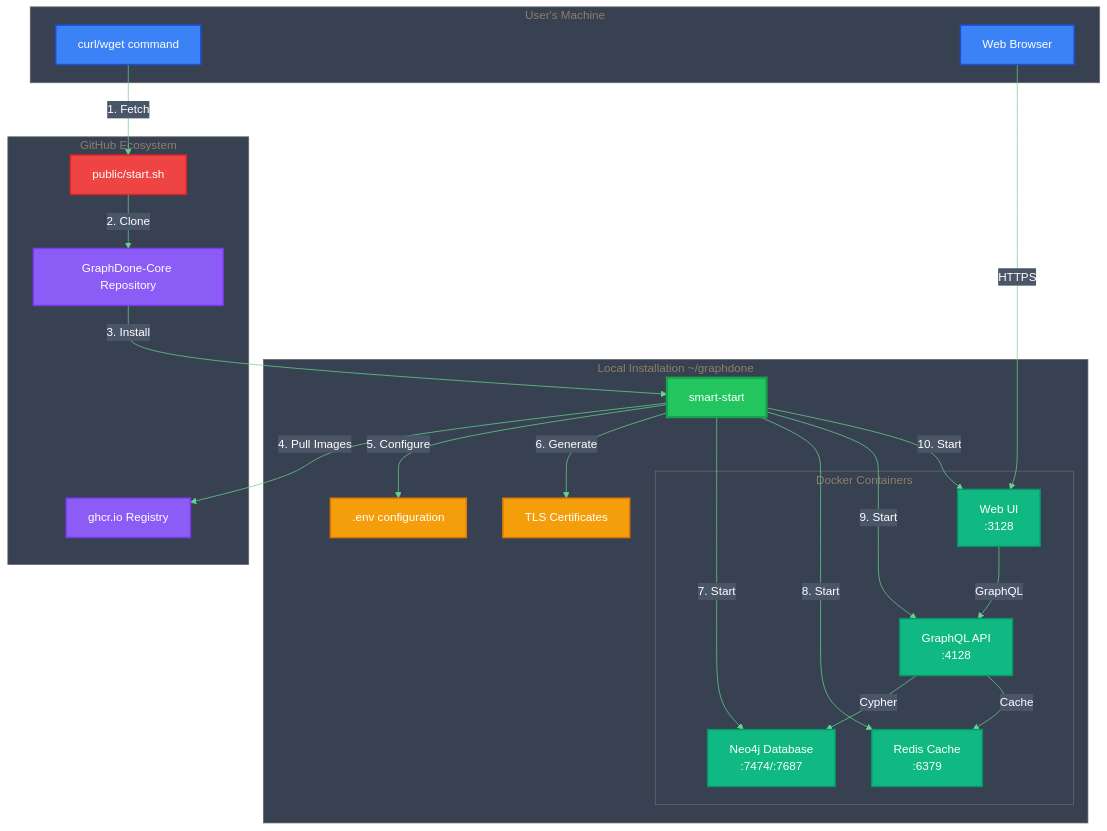
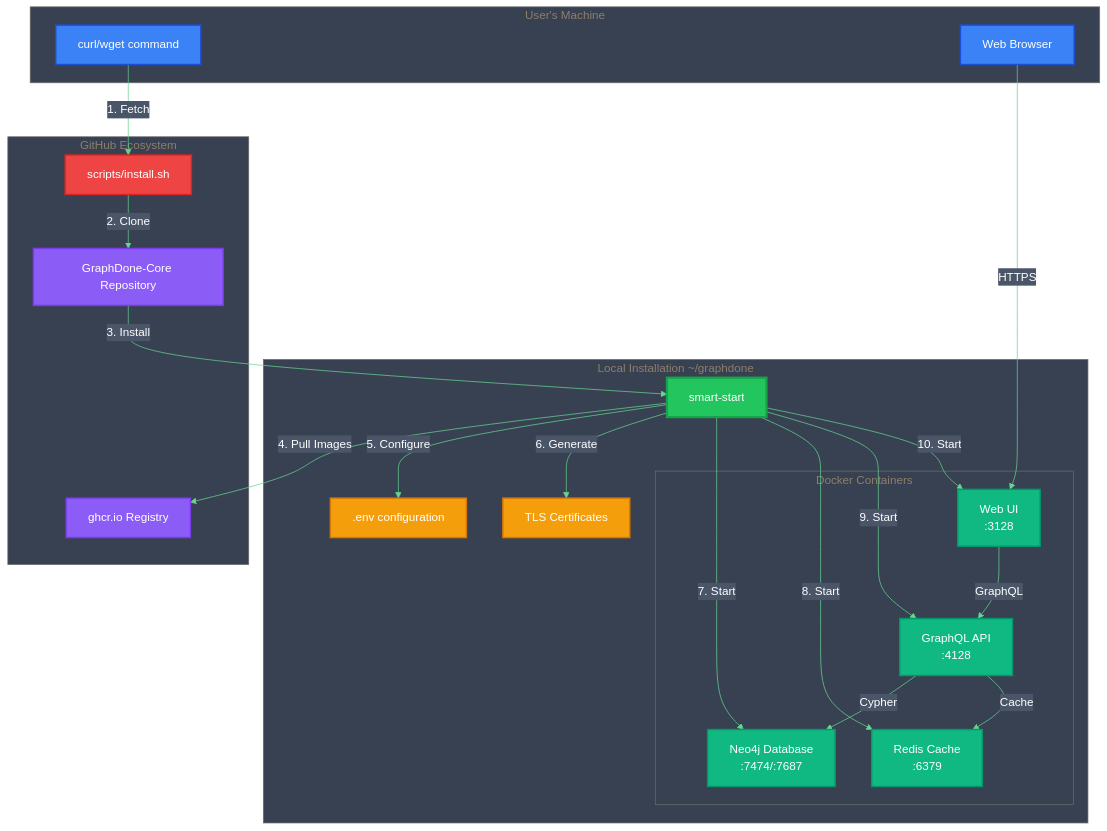
One commit to GraphDone/GraphDone-Core changed the third of 7 diagrams in docs/installation-flow.md. Above: the diagram before and after it, drawn with Mermaid. The commit also changed other lines of this file and 8 other files, not shown here.

````diff
--- a/docs/installation-flow.md
+++ b/docs/installation-flow.md
@@ -233,73 +233,73 @@
 ```mermaid
 %%{init: {
   'theme': 'base',
   'themeVariables': {
     'primaryColor': '#2D3748',
     'primaryTextColor': '#FFFFFF',
     'primaryBorderColor': '#4A5568',
     'lineColor': '#68D391',
     'secondaryColor': '#4A5568',
     'tertiaryColor': '#718096',
     'background': '#1A202C',
     'mainBkg': '#2D3748',
     'secondBkg': '#374151',
     'tertiaryBkg': '#4A5568',
     'clusterBkg': '#374151'
   }
 }}%%
 
 graph TB
     subgraph User ["User's Machine"]
         CLI[curl/wget command]
         Browser[Web Browser]
     end
     
     subgraph GitHub ["GitHub Ecosystem"]
         Repo[GraphDone-Core Repository]
-        Script[public/start.sh]
+        Script[scripts/install.sh]
         Registry[ghcr.io Registry]
     end
     
     subgraph Local ["Local Installation ~/graphdone"]
         SmartStart[smart-start]
         ENV[.env configuration]
         Certs[TLS Certificates]
         
         subgraph Containers ["Docker Containers"]
             Neo4j[Neo4j Database<br/>:7474/:7687]
             Redis[Redis Cache<br/>:6379]
             API[GraphQL API<br/>:4128]
             Web[Web UI<br/>:3128]
         end
     end
     
     CLI -->|1. Fetch| Script
     Script -->|2. Clone| Repo
     Repo -->|3. Install| SmartStart
     SmartStart -->|4. Pull Images| Registry
     SmartStart -->|5. Configure| ENV
     SmartStart -->|6. Generate| Certs
     SmartStart -->|7. Start| Neo4j
     SmartStart -->|8. Start| Redis
     SmartStart -->|9. Start| API
     SmartStart -->|10. Start| Web
     
     Browser -->|HTTPS| Web
     Web -->|GraphQL| API
     API -->|Cypher| Neo4j
     API -->|Cache| Redis
     
     classDef userNode fill:#3B82F6,stroke:#1D4ED8,stroke-width:2px,color:#FFFFFF
     classDef githubNode fill:#8B5CF6,stroke:#7C3AED,stroke-width:2px,color:#FFFFFF
     classDef configNode fill:#F59E0B,stroke:#D97706,stroke-width:2px,color:#FFFFFF
     classDef containerNode fill:#10B981,stroke:#059669,stroke-width:2px,color:#FFFFFF
     classDef scriptNode fill:#EF4444,stroke:#DC2626,stroke-width:2px,color:#FFFFFF
     classDef smartNode fill:#22C55E,stroke:#16A34A,stroke-width:3px,color:#FFFFFF
     
     class CLI,Browser userNode
     class Repo,Registry githubNode
     class ENV,Certs configNode
     class Neo4j,Redis,API,Web containerNode
     class Script scriptNode
     class SmartStart smartNode
 ```
````
